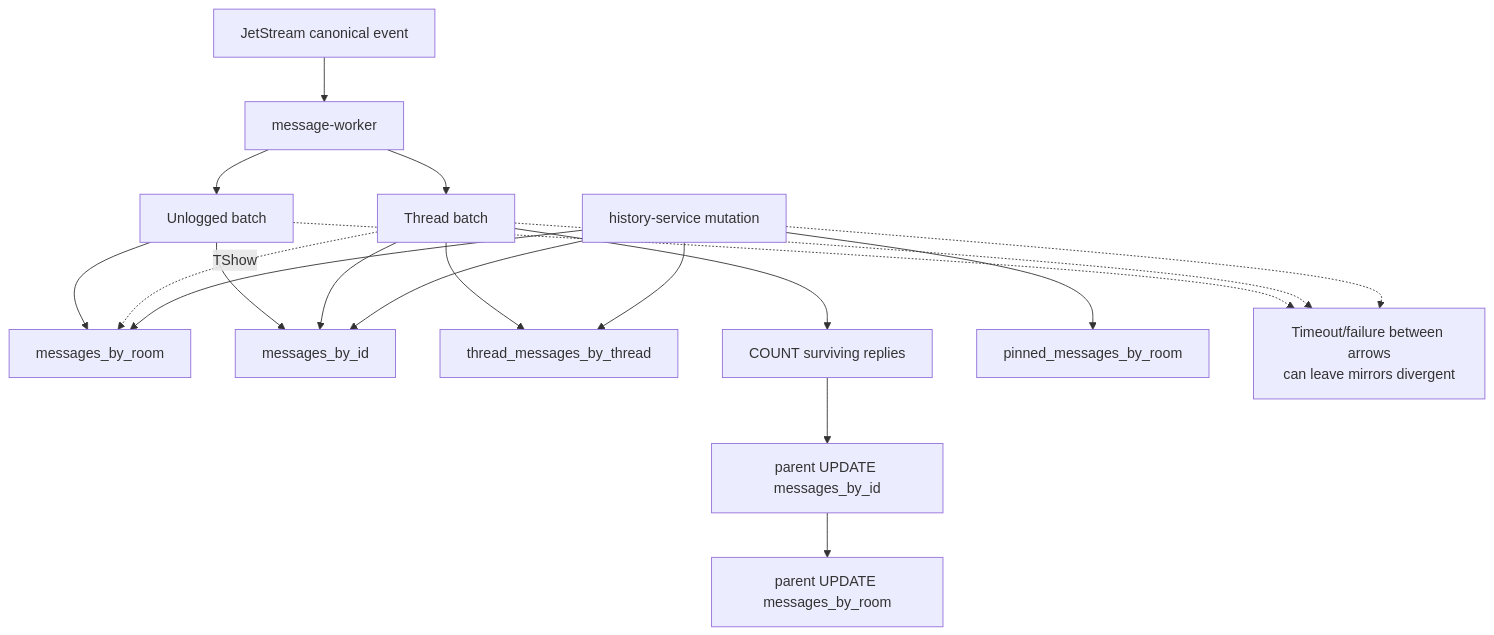
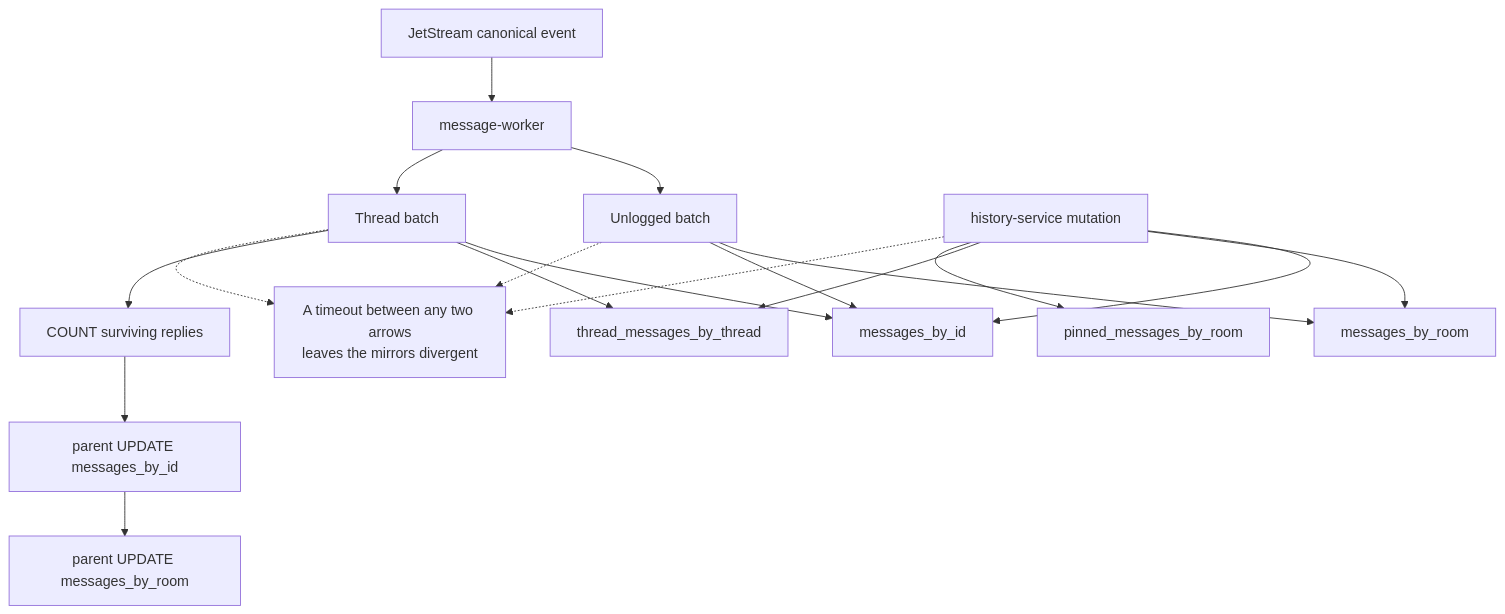
One commit to hmchangw/newchat changed the diagram in docs/load-testing/failure/cassandra.md. Above: the diagram before and after it, drawn with Mermaid. The commit also changed other lines of this file and 1 other file, not shown here.

First line of the commit message:
docs(load-testing): rewrite the NATS and Cassandra failure docs to the same shape

````diff
--- a/docs/load-testing/failure/cassandra.md
+++ b/docs/load-testing/failure/cassandra.md
@@ -59,25 +45,24 @@
 ```mermaid
 flowchart TB
     JS["JetStream canonical event"] --> MW["message-worker"]
     MW --> B1["Unlogged batch"]
     B1 --> MR["messages_by_room"]
     B1 --> MI["messages_by_id"]
 
     MW --> TB["Thread batch"]
     TB --> MI
     TB --> TM["thread_messages_by_thread"]
-    TB -. TShow .-> MR
     TB --> CNT["COUNT surviving replies"]
     CNT --> P1["parent UPDATE messages_by_id"]
     P1 --> P2["parent UPDATE messages_by_room"]
 
     HS["history-service mutation"] --> MI
     HS --> MR
     HS --> TM
     HS --> PM["pinned_messages_by_room"]
 
-    RISK["Timeout/failure between arrows<br/>can leave mirrors divergent"]
+    RISK["A timeout between any two arrows<br/>leaves the mirrors divergent"]
     B1 -.-> RISK
     TB -.-> RISK
     HS -.-> RISK
 ```
````
